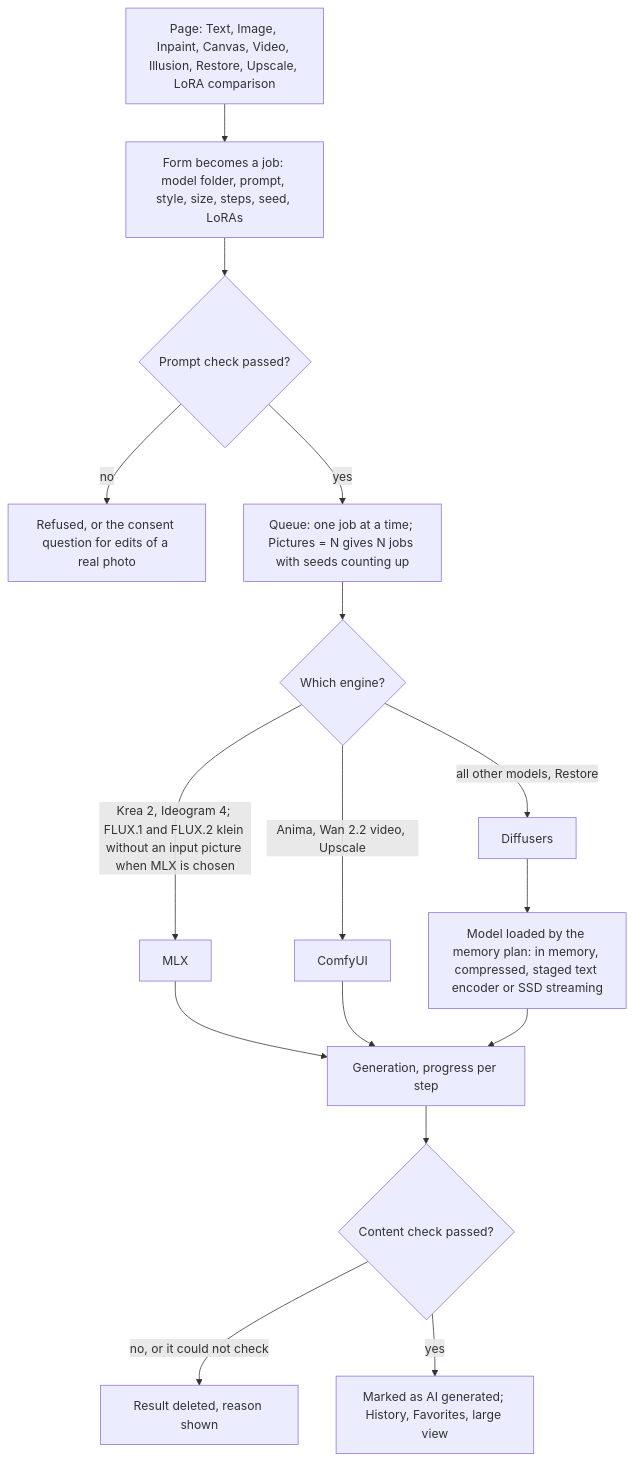
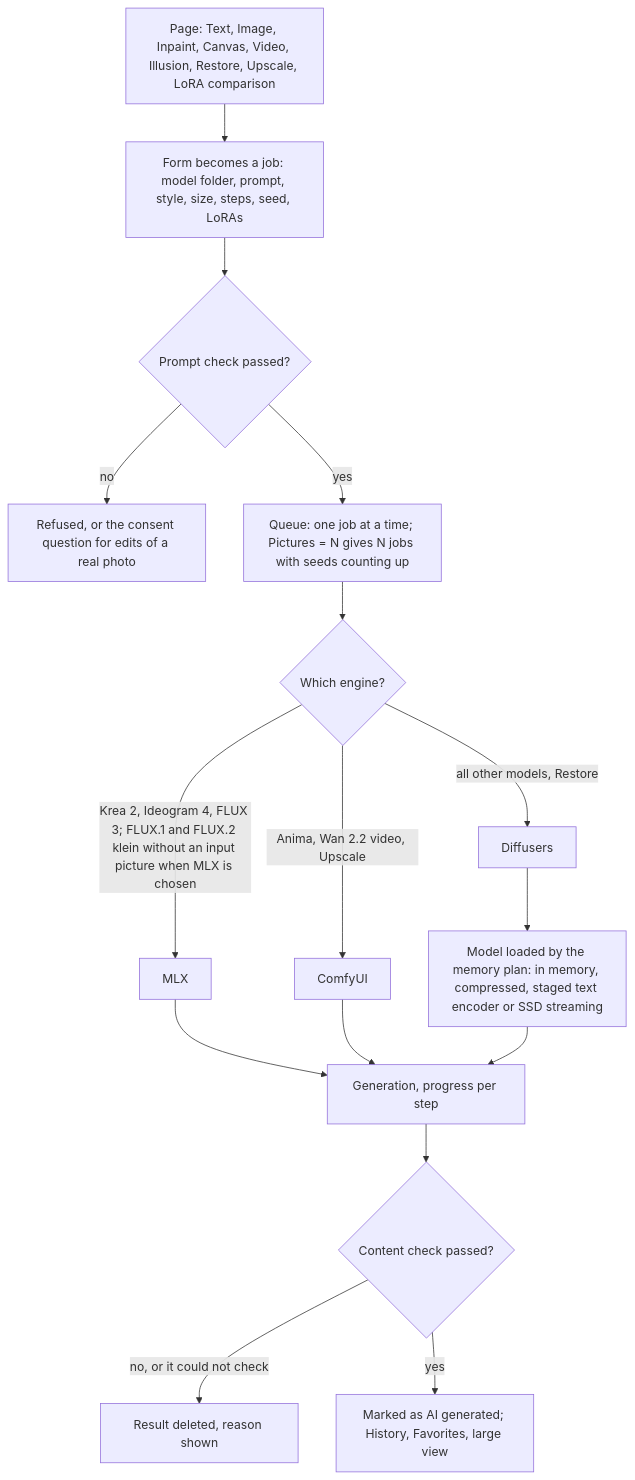
Before and after one commit to neodk2004/VulKara: the first of 16 diagrams in docs/PIPELINES.md, drawn with Mermaid. The commit also changed other lines of this file and 69 other files, not shown here.

Commit message:
0.7.0: FLUX 3 Image Klein with its prompt upsampler, macOS 14 or newer, LoRA weight buttons

````diff
--- a/docs/PIPELINES.md
+++ b/docs/PIPELINES.md
@@ -14,18 +14,18 @@
 ```mermaid
 flowchart TD
     P["Page: Text, Image, Inpaint, Canvas, Video, Illusion, Restore, Upscale, LoRA comparison"] --> F["Form becomes a job: model folder, prompt, style, size, steps, seed, LoRAs"]
     F --> PC{"Prompt check passed?"}
     PC -- "no" --> RF["Refused, or the consent question for edits of a real photo"]
     PC -- "yes" --> Q["Queue: one job at a time; Pictures = N gives N jobs with seeds counting up"]
     Q --> R{"Which engine?"}
-    R -- "Krea 2, Ideogram 4; FLUX.1 and FLUX.2 klein without an input picture when MLX is chosen" --> MLX["MLX"]
+    R -- "Krea 2, Ideogram 4, FLUX 3; FLUX.1 and FLUX.2 klein without an input picture when MLX is chosen" --> MLX["MLX"]
     R -- "Anima, Wan 2.2 video, Upscale" --> CUI["ComfyUI"]
     R -- "all other models, Restore" --> DIF["Diffusers"]
     DIF --> LD["Model loaded by the memory plan: in memory, compressed, staged text encoder or SSD streaming"]
     MLX --> G["Generation, progress per step"]
     CUI --> G
     LD --> G
     G --> CC{"Content check passed?"}
     CC -- "no, or it could not check" --> DEL["Result deleted, reason shown"]
     CC -- "yes" --> H["Marked as AI generated; History, Favorites, large view"]
 ```
````
